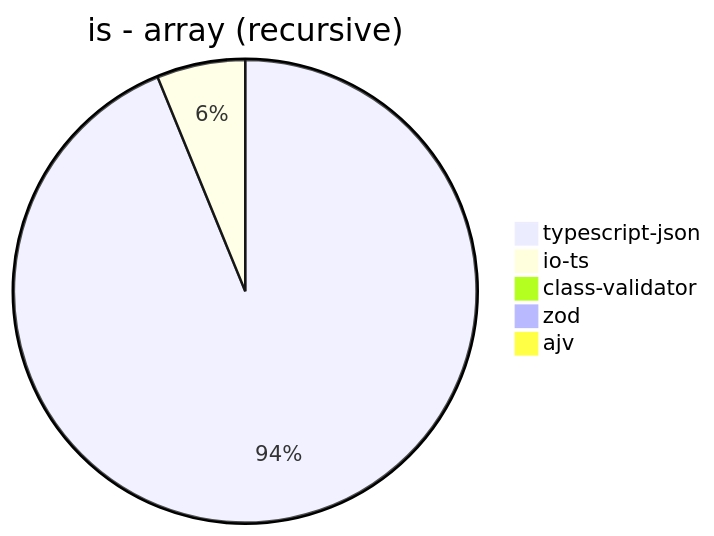
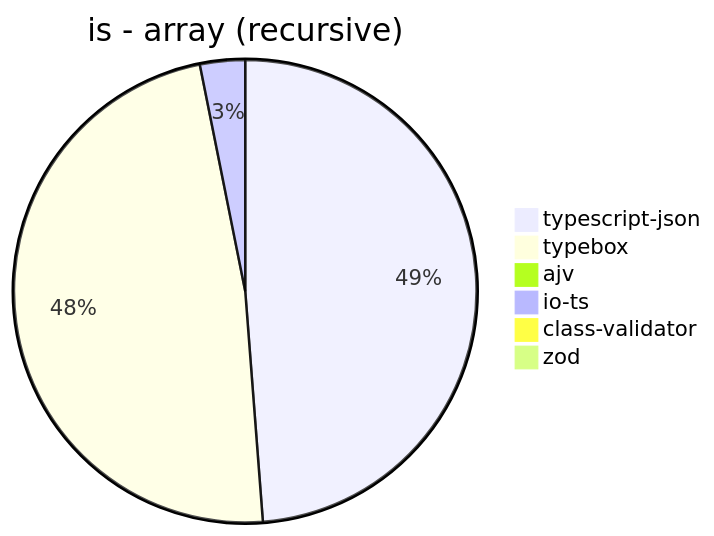
Before and after one commit to samchon/typia: the fifth of 39 diagrams in benchmark/results/AMD Ryzen 9 5900HX with Radeon Graphics.md, drawn with Mermaid. The commit also changed other lines of this file and 7 other files, not shown here.

````diff
--- a/benchmark/results/AMD Ryzen 9 5900HX with Radeon Graphics.md
+++ b/benchmark/results/AMD Ryzen 9 5900HX with Radeon Graphics.md
@@ -61,8 +65,9 @@
 ```mermaid
 pie title is - array (recursive)
-  "typescript-json": 7907.040704070408
-  "io-ts": 521.1320754716982
-  "class-validator": 3.9727582292849037
-  "zod": 9.513150531617237
+  "typescript-json": 7894.076397859384
+  "typebox": 7778.453038674033
   "ajv": 0
+  "io-ts": 509.70245795601556
+  "class-validator": 3.7878787878787876
+  "zod": 9.375585974123382
 ```
````
